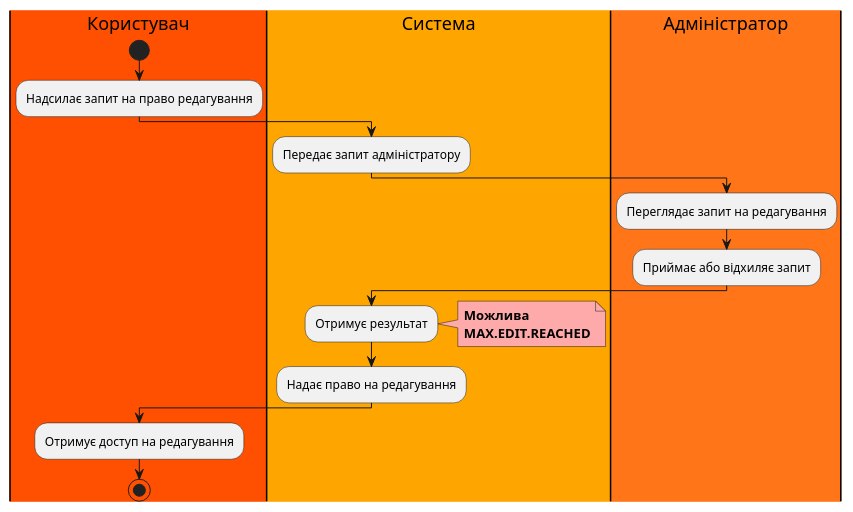
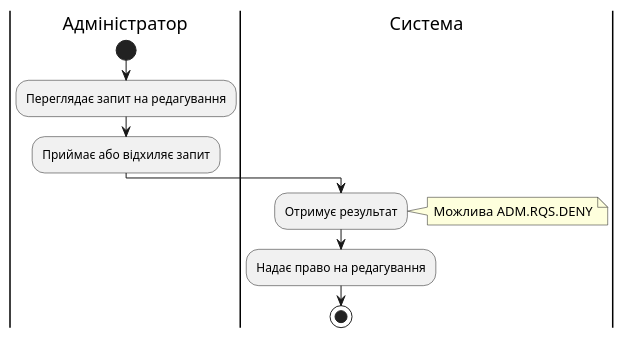
Diagram 11 of 18 in docs/use cases/README.md (m1guelten/edu-db-cw), drawn with PlantUML before and after one commit. The commit also changed other lines of this file, not shown here.

Commit message:
edited some diagrams

```diff
--- a/docs/use cases/README.md
+++ b/docs/use cases/README.md
@@ -355,21 +347,20 @@
 @startuml
 
-|#FF4F00|Користувач|
+
+|Адміністратор|
 start
-:Надсилає запит на право редагування;
-|#FFA500|Система|
-:Передає запит адміністратору;
-|#FF7518|Адміністратор|
 :Переглядає запит на редагування;
 :Приймає або відхиляє запит;
+
 |Система|
 :Отримує результат;
-note right #ffaaaa
-<b>Можлива</b>
-<b>MAX.EDIT.REACHED</b>
+
+note right
+Можлива ADM.RQS.DENY
 end note
+
 :Надає право на редагування;
-|Користувач|
-:Отримує доступ на редагування;
+
 stop;
+
 @enduml
```
